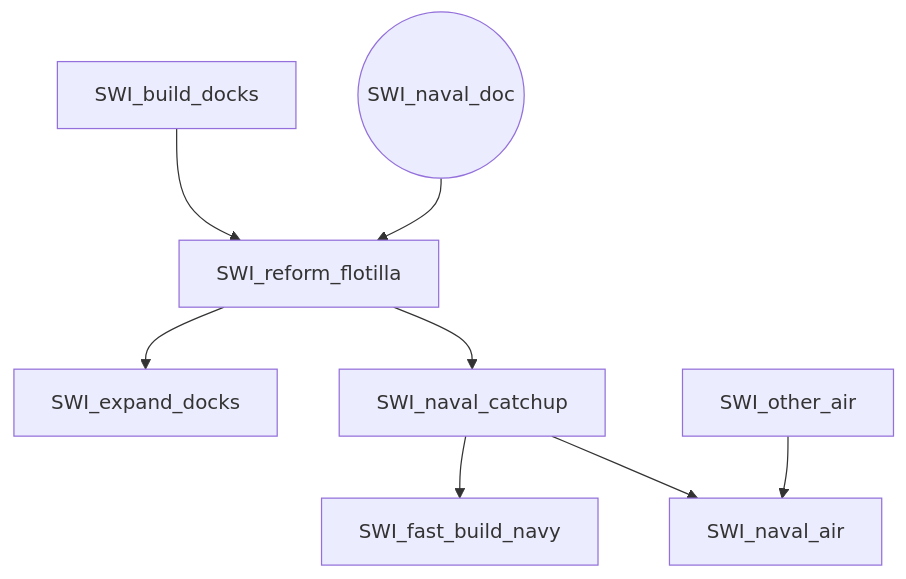
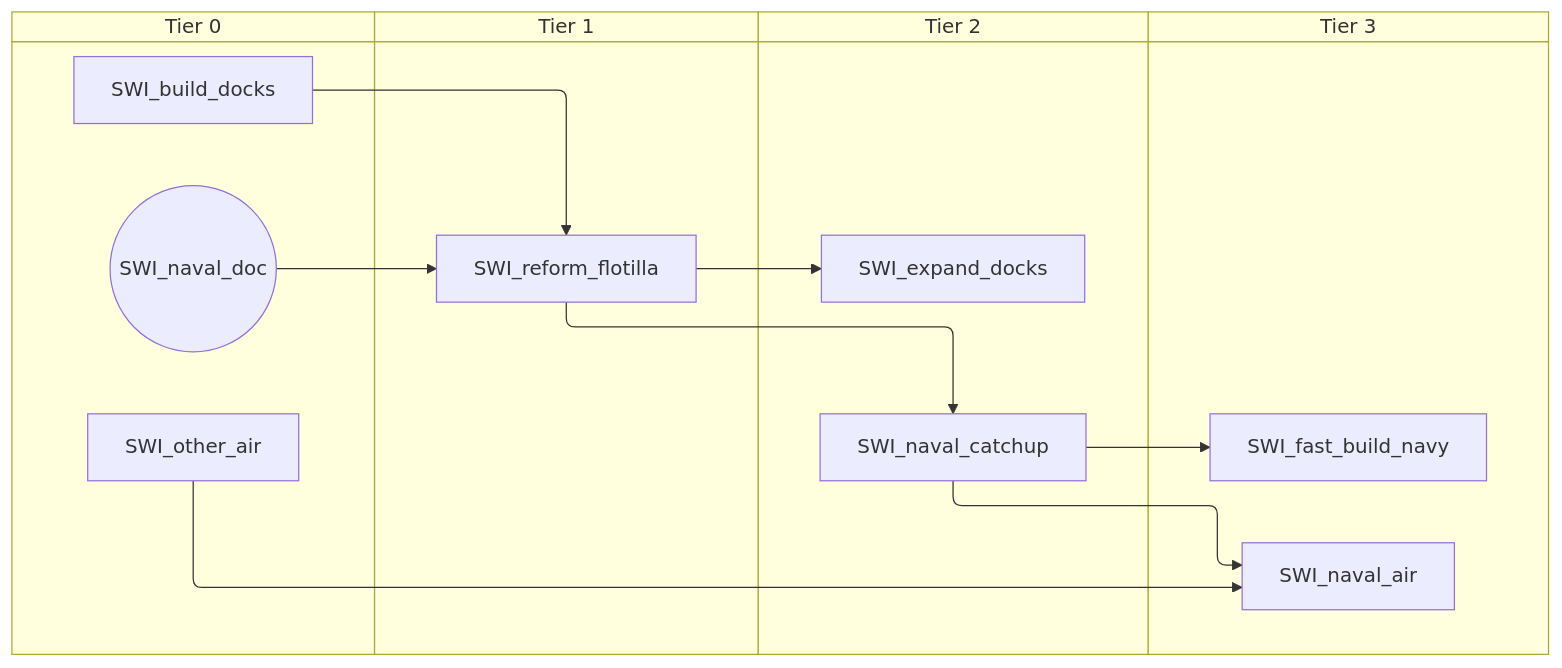
Before and after one commit to evgeny-sobol/hoi4-sandbox-mode-r56: the sixth of 8 diagrams in docs/gdd/National Focuses/r56_switzerland.md, drawn with Mermaid. The commit also changed other lines of this file and 423 other files, not shown here.

First line of the commit message:
Re-export Rt56 focus trees as swimlane diagrams

````diff
--- a/docs/gdd/National Focuses/r56_switzerland.md
+++ b/docs/gdd/National Focuses/r56_switzerland.md
@@ -222,18 +278,26 @@
 ```mermaid
-flowchart TD
-    n14["SWI_build_docks"]
-    n15["SWI_expand_docks"]
-    n16["SWI_fast_build_navy"]
-    n17["SWI_naval_air"]
-    n18["SWI_naval_catchup"]
-    n19(("SWI_naval_doc"))
-    n20["SWI_other_air"]
-    n21["SWI_reform_flotilla"]
-    n21 --> n15
-    n18 --> n16
-    n18 --> n17
-    n20 --> n17
-    n21 --> n18
-    n14 --> n21
+swimlane-beta TD
+    subgraph tier_0["Tier 0"]
+        n14["SWI_build_docks"]
+        n15(("SWI_naval_doc"))
+        n16["SWI_other_air"]
+    end
+    subgraph tier_1["Tier 1"]
+        n17["SWI_reform_flotilla"]
+    end
+    subgraph tier_2["Tier 2"]
+        n18["SWI_expand_docks"]
+        n19["SWI_naval_catchup"]
+    end
+    subgraph tier_3["Tier 3"]
+        n20["SWI_fast_build_navy"]
+        n21["SWI_naval_air"]
+    end
+    n17 --> n18
+    n19 --> n20
     n19 --> n21
+    n16 --> n21
+    n17 --> n19
+    n14 --> n17
+    n15 --> n17
 ```
````
